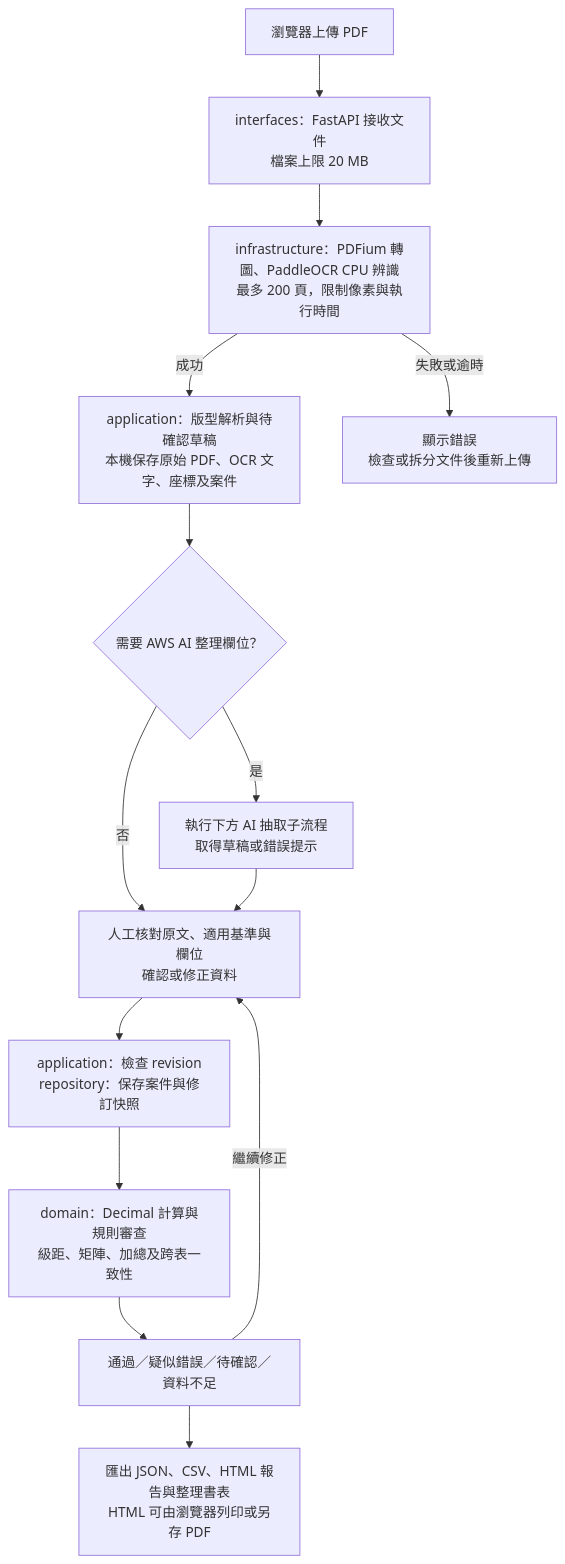
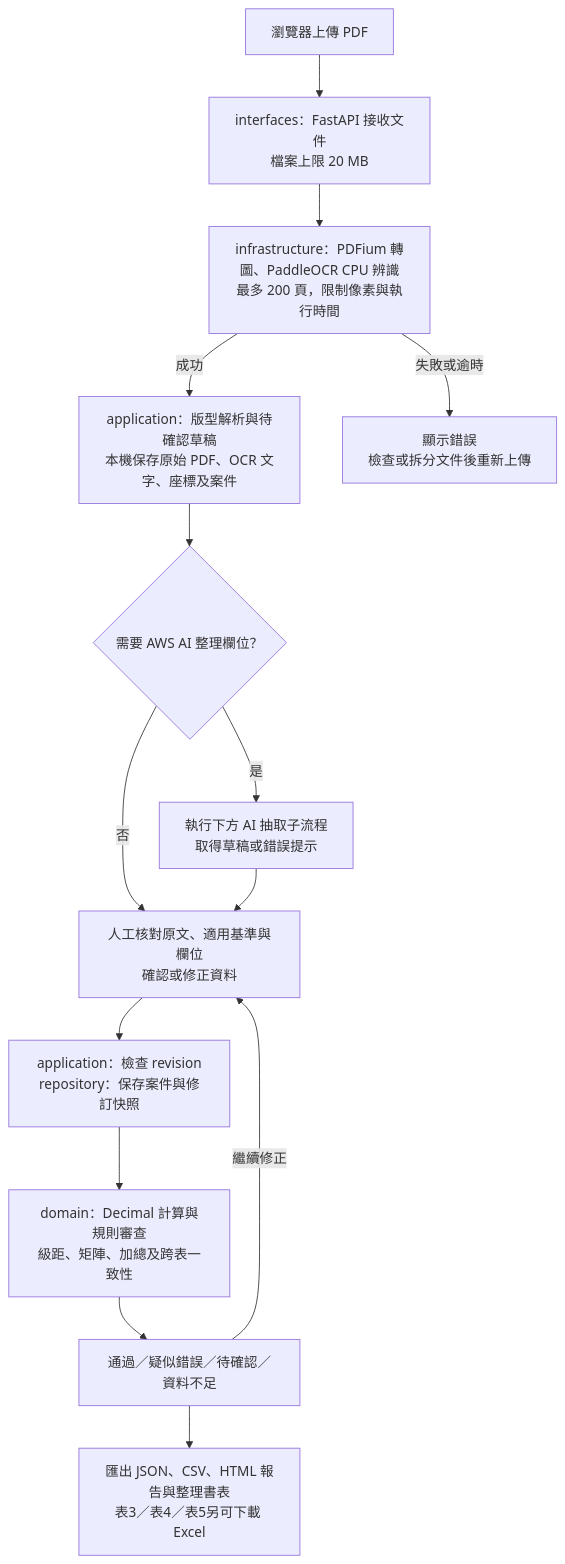
One commit to ChenYi0725/hackathon changed the second of 3 diagrams in README.md. Above: the diagram before and after it, drawn with Mermaid. The commit also changed other lines of this file and 17 other files, not shown here.

````diff
--- a/README.md
+++ b/README.md
@@ -70,16 +70,16 @@
 ```mermaid
 flowchart TB
     UPLOAD["瀏覽器上傳 PDF"] --> HTTP["interfaces：FastAPI 接收文件<br/>檔案上限 20 MB"]
     HTTP --> OCR["infrastructure：PDFium 轉圖、PaddleOCR CPU 辨識<br/>最多 200 頁，限制像素與執行時間"]
     OCR -->|成功| DRAFT["application：版型解析與待確認草稿<br/>本機保存原始 PDF、OCR 文字、座標及案件"]
     OCR -->|失敗或逾時| ERROR["顯示錯誤<br/>檢查或拆分文件後重新上傳"]
     DRAFT --> OPTIONAL{"需要 AWS AI 整理欄位？"}
     OPTIONAL -->|否| HUMAN["人工核對原文、適用基準與欄位<br/>確認或修正資料"]
     OPTIONAL -->|是| AI["執行下方 AI 抽取子流程<br/>取得草稿或錯誤提示"]
     AI --> HUMAN
     HUMAN --> SAVE["application：檢查 revision<br/>repository：保存案件與修訂快照"]
     SAVE --> RULES["domain：Decimal 計算與規則審查<br/>級距、矩陣、加總及跨表一致性"]
     RULES --> RESULT["通過／疑似錯誤／待確認／資料不足"]
     RESULT -->|繼續修正| HUMAN
-    RESULT --> EXPORT["匯出 JSON、CSV、HTML 報告與整理書表<br/>HTML 可由瀏覽器列印或另存 PDF"]
+    RESULT --> EXPORT["匯出 JSON、CSV、HTML 報告與整理書表<br/>表3／表4／表5另可下載 Excel"]
 ```
````
